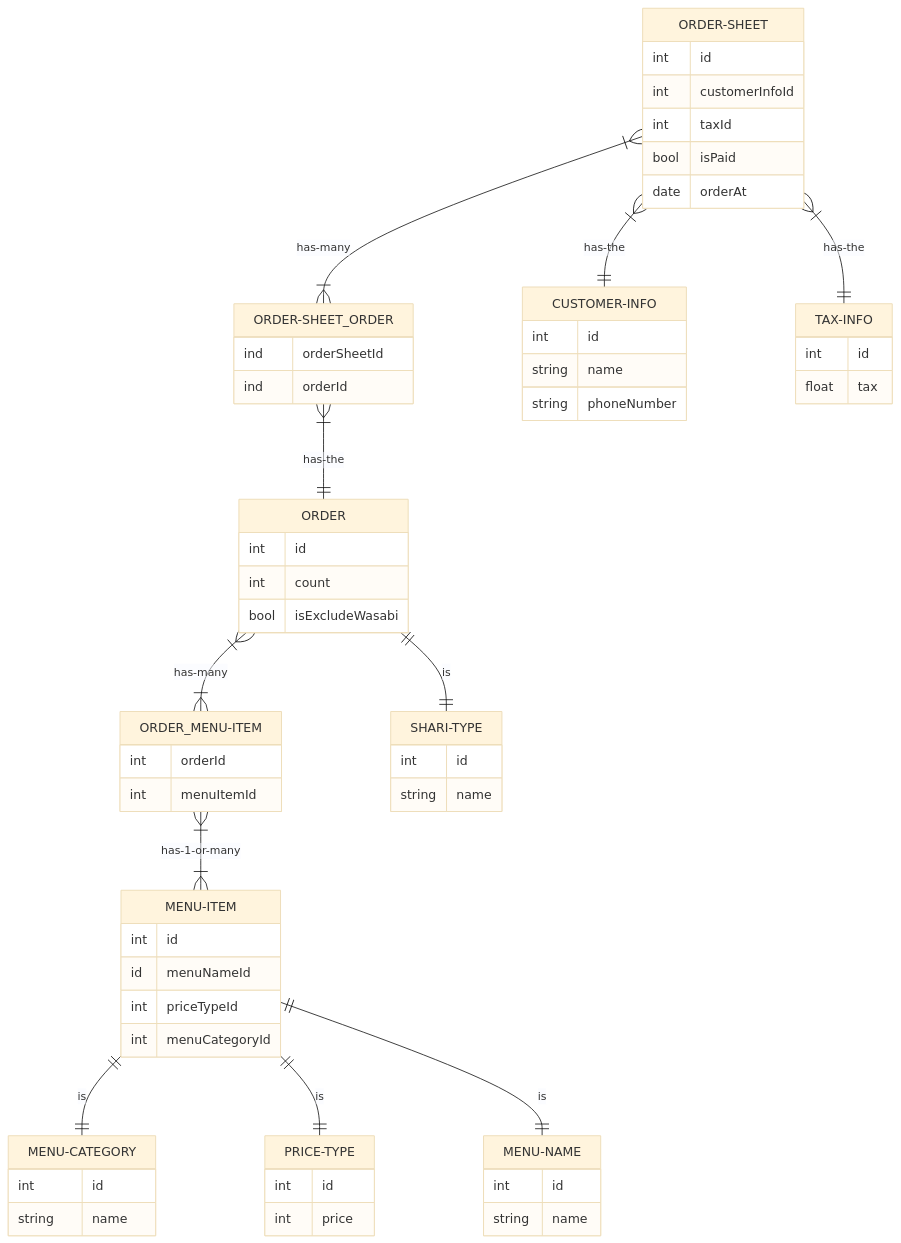
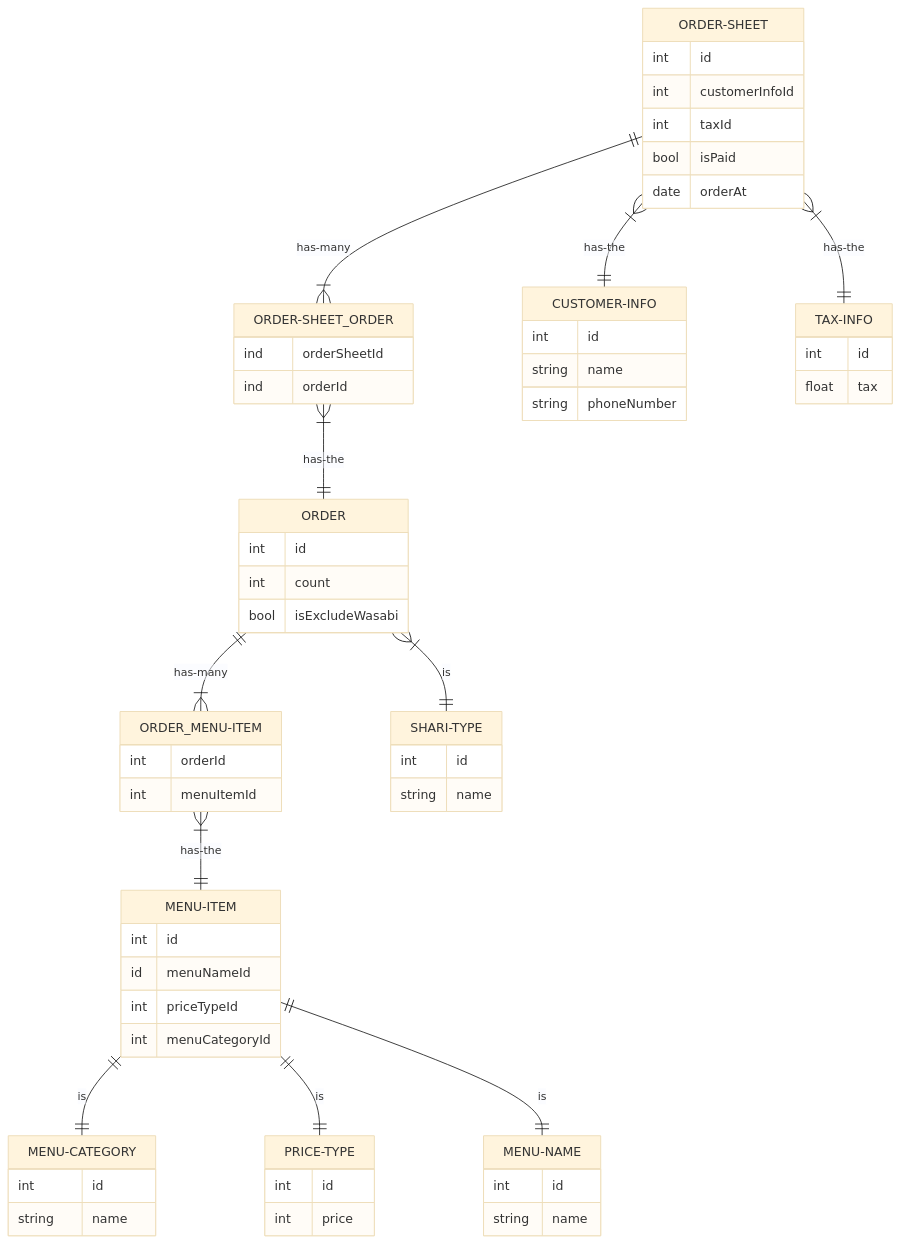
Before and after one commit to junseinagao/praha-challenge: the second of 2 diagrams in データベース設計/DBモデリング1/README.md, drawn with Mermaid (base theme). The commit also changed other lines of this file and 2 other files, not shown here.

Commit message:
[DBモデリング1] N:Nの関係性を修正

````diff
--- a/データベース設計/DBモデリング1/README.md
+++ b/データベース設計/DBモデリング1/README.md
@@ -78,75 +78,75 @@
 ```mermaid
 erDiagram
-    ORDER-SHEET }|--|{ ORDER-SHEET_ORDER : has-many
+    ORDER-SHEET ||--|{ ORDER-SHEET_ORDER : has-many
     ORDER-SHEET }|--|| CUSTOMER-INFO : has-the
     ORDER-SHEET }|--|| TAX-INFO : has-the
     ORDER-SHEET_ORDER }|--|| ORDER : has-the
-    ORDER }|--|{ ORDER_MENU-ITEM : has-many
-    ORDER ||--|| SHARI-TYPE : is
-    ORDER_MENU-ITEM }|--|{ MENU-ITEM : has-1-or-many
+    ORDER ||--|{ ORDER_MENU-ITEM : has-many
+    ORDER }|--|| SHARI-TYPE : is
+    ORDER_MENU-ITEM }|--|| MENU-ITEM : has-the
     MENU-ITEM ||--|| MENU-CATEGORY : is
     MENU-ITEM ||--|| PRICE-TYPE : is
     MENU-ITEM ||--|| MENU-NAME: is
 
     ORDER-SHEET {
         int id
         int customerInfoId
         int taxId
         bool isPaid
         date orderAt
     }
 
     ORDER-SHEET_ORDER {
         ind orderSheetId
         ind orderId
     }
 
     ORDER {
         int id
         int count
         bool isExcludeWasabi
     }
 
     ORDER_MENU-ITEM {
         int orderId
         int menuItemId
     }
 
     MENU-ITEM {
         int id
         id menuNameId
         int priceTypeId
         int menuCategoryId
     }
 
     MENU-NAME {
         int id
         string name
     }
 
     SHARI-TYPE {
         int id
         string name
     }
 
     PRICE-TYPE {
         int id
         int price
     }
 
     MENU-CATEGORY {
         int id
         string name
     }
 
     CUSTOMER-INFO {
         int id
         string name
         string phoneNumber
     }
 
     TAX-INFO {
         int id
         float tax
     }
 ```
````
